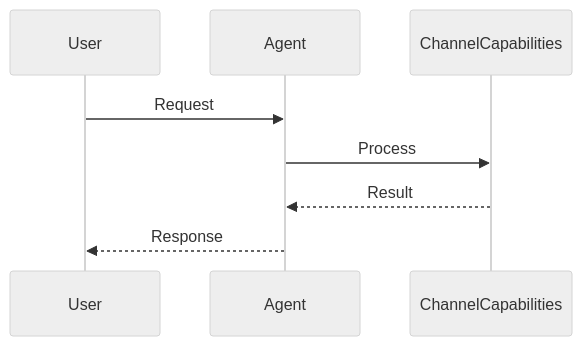
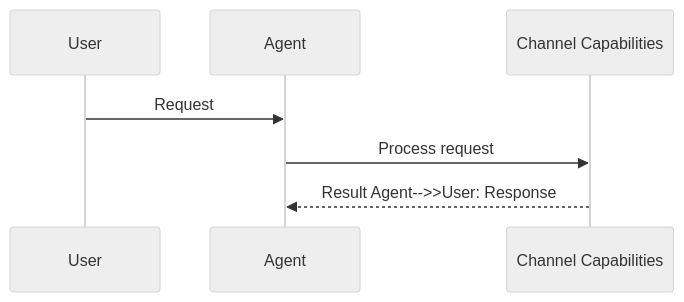
One commit to MervinPraison/PraisonAIDocs changed the second of 2 diagrams in docs/features/channel-capabilities.mdx. Above: the diagram before and after it, drawn with Mermaid (neutral theme). The commit also changed 204 other files, not shown here.

First line of the commit message:
docs: align feature/tool pages with AGENTS.md hero + sequence + import standards (fixes #1775)

````diff
--- a/docs/features/channel-capabilities.mdx
+++ b/docs/features/channel-capabilities.mdx
@@ -39,11 +39,10 @@
 ```mermaid
 sequenceDiagram
     participant User
     participant Agent
-    participant ChannelCapabilities
+    participant Feature as Channel Capabilities
 
     User->>Agent: Request
-    Agent->>ChannelCapabilities: Process
-    ChannelCapabilities-->>Agent: Result
-    Agent-->>User: Response
+    Agent->>Feature: Process request
+    Feature-->>Agent: Result    Agent-->>User: Response
 ```
````
